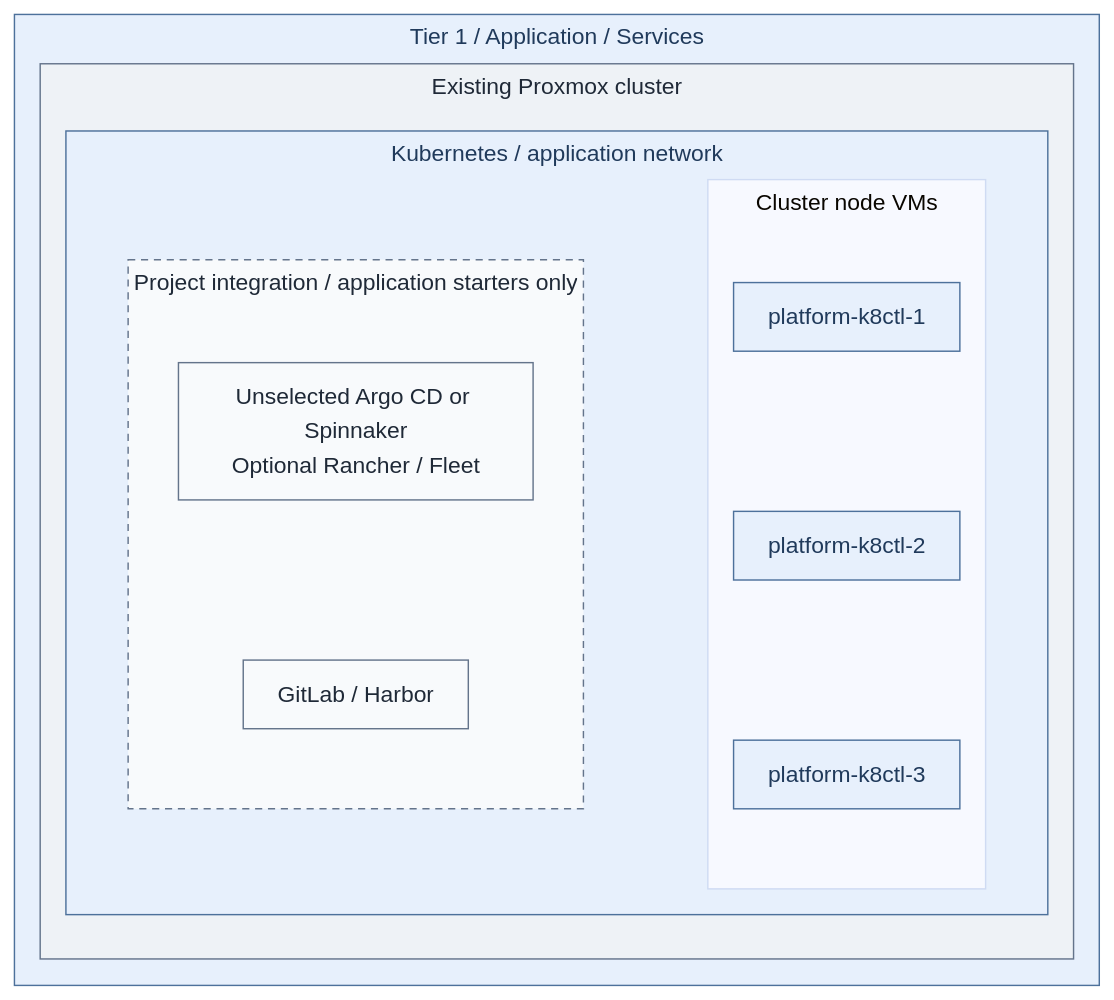
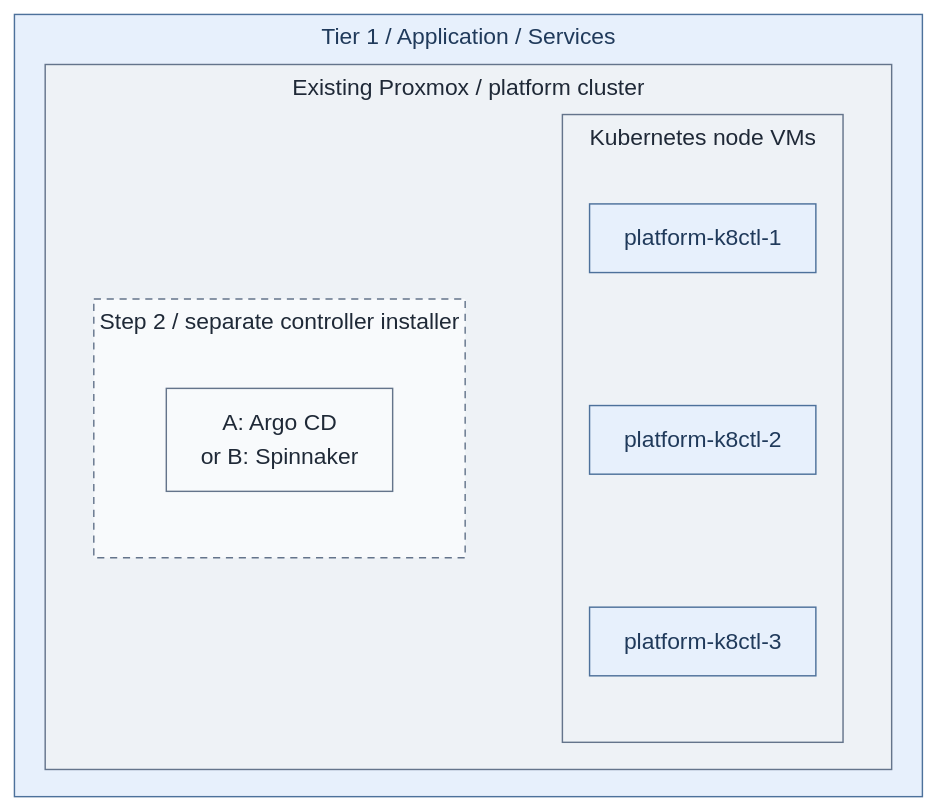
The diagram in docs/deployment/stage-7-delivery/README.md (Rexus/homelab), drawn with Mermaid before and after one commit. The commit also changed other lines of this file and 353 other files, not shown here.

Commit message:
feat(platform): implement staged application installers

````diff
--- a/docs/deployment/stage-7-delivery/README.md
+++ b/docs/deployment/stage-7-delivery/README.md
@@ -39,35 +39,28 @@
 ```mermaid
-%%{init: {"theme":"base","flowchart":{"nodeSpacing":16,"rankSpacing":12,"padding":12,"subGraphTitleMargin":{"top":4,"bottom":12}},"themeVariables":{"lineColor":"#627581","edgeLabelBackground":"#f8fafc"}}}%%
+%%{init: {"theme":"base","flowchart":{"nodeSpacing":18,"rankSpacing":18,"padding":12,"subGraphTitleMargin":{"top":4,"bottom":12}},"themeVariables":{"lineColor":"#627581","edgeLabelBackground":"#f8fafc"}}}%%
 flowchart TB
   subgraph T1["Tier 1 / Application / Services"]
-    direction TB
-    subgraph PVE["Existing Proxmox cluster"]
-      direction TB
-      subgraph Platform["Kubernetes / application network"]
-        direction LR
-        subgraph Apps["Project integration / application starters only"]
-          direction TB
-          Delivery["Unselected Argo CD or Spinnaker<br/>Optional Rancher / Fleet"]
-          Git["GitLab / Harbor"]
-          Delivery ~~~ Git
-        end
-        subgraph Nodes["Cluster node VMs"]
-          direction TB
-          CP1["platform-k8ctl-1"]
-          CP2["platform-k8ctl-2"]
-          CP3["platform-k8ctl-3"]
-          CP1 ~~~ CP2 ~~~ CP3
-        end
-        Apps ~~~ Nodes
+    direction LR
+    subgraph PVE["Existing Proxmox / platform cluster"]
+      direction LR
+      subgraph Added["Step 2 / separate controller installer"]
+        Controller["A: Argo CD<br/>or B: Spinnaker"]
       end
+      subgraph Nodes["Kubernetes node VMs"]
+        direction TB
+        CP1["platform-k8ctl-1"]
+        CP2["platform-k8ctl-2"]
+        CP3["platform-k8ctl-3"]
+        CP1 ~~~ CP2 ~~~ CP3
+      end
+      Added ~~~ Nodes
     end
   end
   classDef default fill:#f8fafc,stroke:#64748b,color:#1f2937
+  classDef services fill:#e7f0fc,stroke:#4d719b,color:#203a5b
   classDef boundary fill:#eef2f6,stroke:#64748b,color:#1f2937
-  classDef services fill:#e7f0fc,stroke:#4d719b,color:#203a5b
-  classDef servicesHeading fill:#e7f0fc,stroke:#e7f0fc,color:#203a5b
   classDef replicas fill:#f8fafc,stroke:#64748b,color:#1f2937,stroke-dasharray:5 4
-  class T1,Platform,CP1,CP2,CP3 services
-  class PVE boundary
-  class Apps replicas
+  class T1,CP1,CP2,CP3 services
+  class PVE,Nodes boundary
+  class Added replicas
 ```
````
